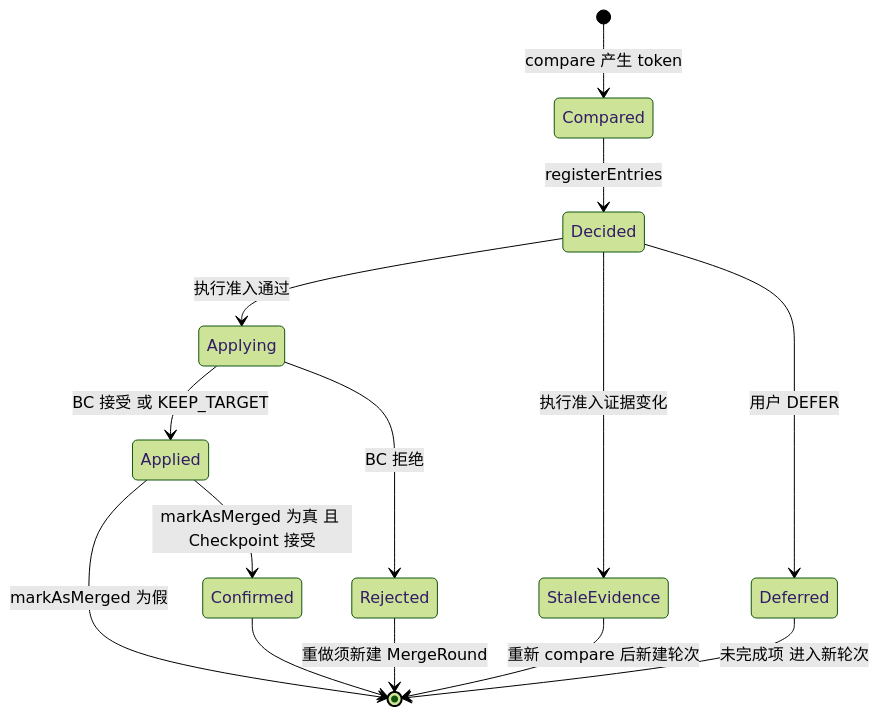
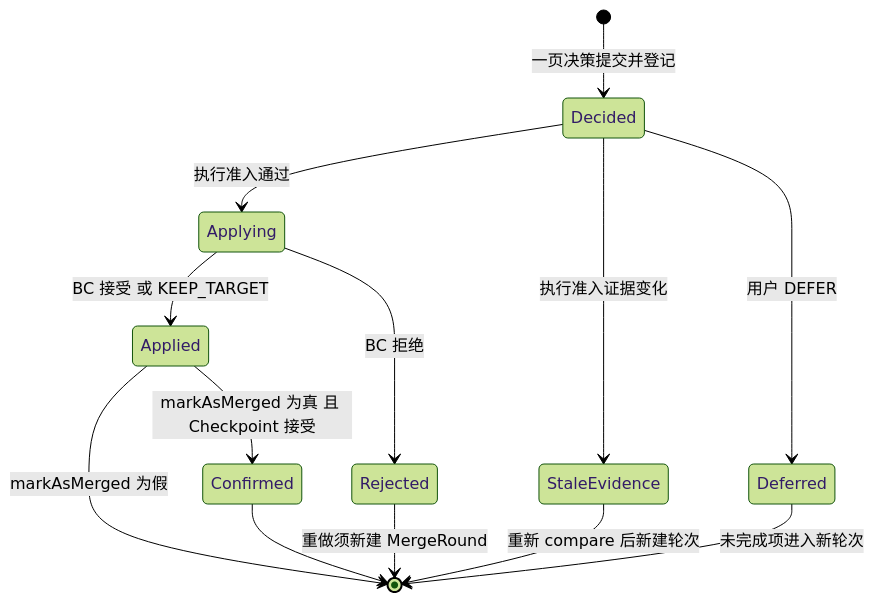
One commit to Greytrack/ddd-workingset changed the second of 3 diagrams in docs/working-set/diagrams/merge-entry-lifecycle.md. Above: the diagram before and after it, drawn with Mermaid (forest theme). The commit also changed other lines of this file and 37 other files, not shown here.

````diff
--- a/docs/working-set/diagrams/merge-entry-lifecycle.md
+++ b/docs/working-set/diagrams/merge-entry-lifecycle.md
@@ -78,16 +74,15 @@
 ```mermaid
 stateDiagram-v2
-    [*] --> Compared: compare 产生 token
-    Compared --> Decided: registerEntries
+    [*] --> Decided: 一页决策提交并登记
     Decided --> StaleEvidence: 执行准入证据变化
     Decided --> Deferred: 用户 DEFER
     Decided --> Applying: 执行准入通过
     Applying --> Applied: BC 接受 或 KEEP_TARGET
     Applying --> Rejected: BC 拒绝
     Applied --> Confirmed: markAsMerged 为真 且 Checkpoint 接受
     Applied --> [*]: markAsMerged 为假
     Confirmed --> [*]
     Rejected --> [*]: 重做须新建 MergeRound
     StaleEvidence --> [*]: 重新 compare 后新建轮次
-    Deferred --> [*]: 未完成项 进入新轮次
+    Deferred --> [*]: 未完成项进入新轮次
 ```
````
